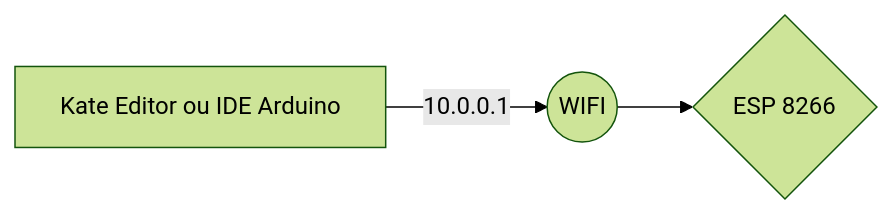
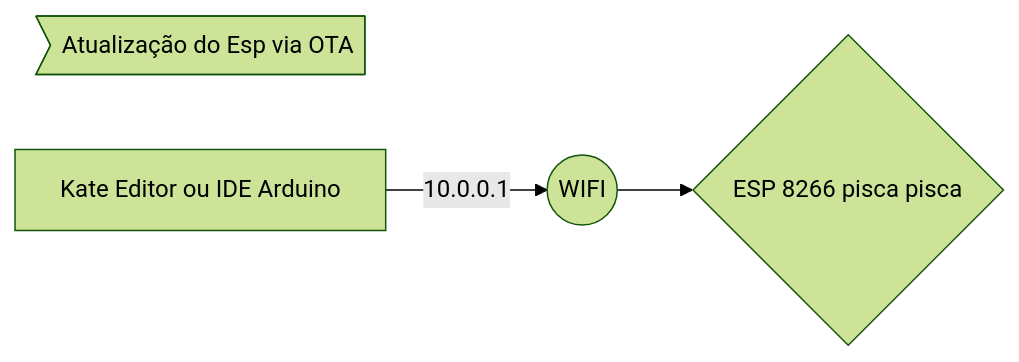
The first of 3 diagrams in README.md (Condiolov/AppCasa), drawn with Mermaid (forest theme) before and after one commit. The commit also changed other lines of this file, not shown here.

````diff
--- a/README.md
+++ b/README.md
@@ -12,7 +12,8 @@
 ```mermaid
 graph LR
+NOTA>Atualização do Esp via OTA]
 A[Kate Editor ou IDE Arduino] -- 10.0.0.1 --> B((WIFI))
 
-B --> D{ESP 8266}
+B --> D{ESP 8266 pisca pisca}
 
 ```
````
